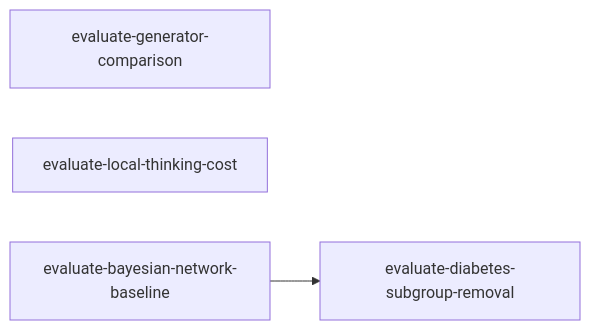
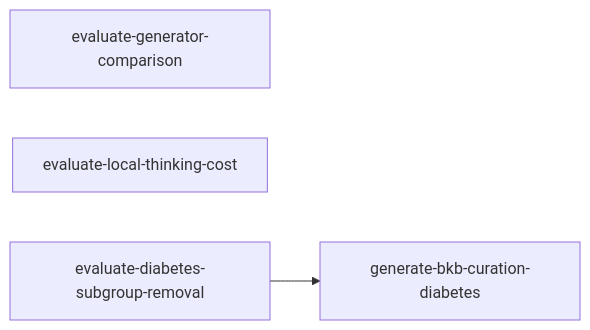
One commit to joe-dartmouth/synthetic changed the diagram in tasks/experiments-index.md. Above: the diagram before and after it, drawn with Mermaid. The commit also changed other lines of this file and 19 other files, not shown here.

First line of the commit message:
Add the Bayesian network baseline and run B2 (#67)

````diff
--- a/tasks/experiments-index.md
+++ b/tasks/experiments-index.md
@@ -28,6 +28,6 @@
 ```mermaid
 flowchart LR
     generator_comparison[evaluate-generator-comparison]
     local_thinking[evaluate-local-thinking-cost]
-    bn_baseline[evaluate-bayesian-network-baseline] --> diabetes_removal[evaluate-diabetes-subgroup-removal]
+    diabetes_removal[evaluate-diabetes-subgroup-removal] --> bkb_curation_diabetes[generate-bkb-curation-diabetes]
 ```
````
